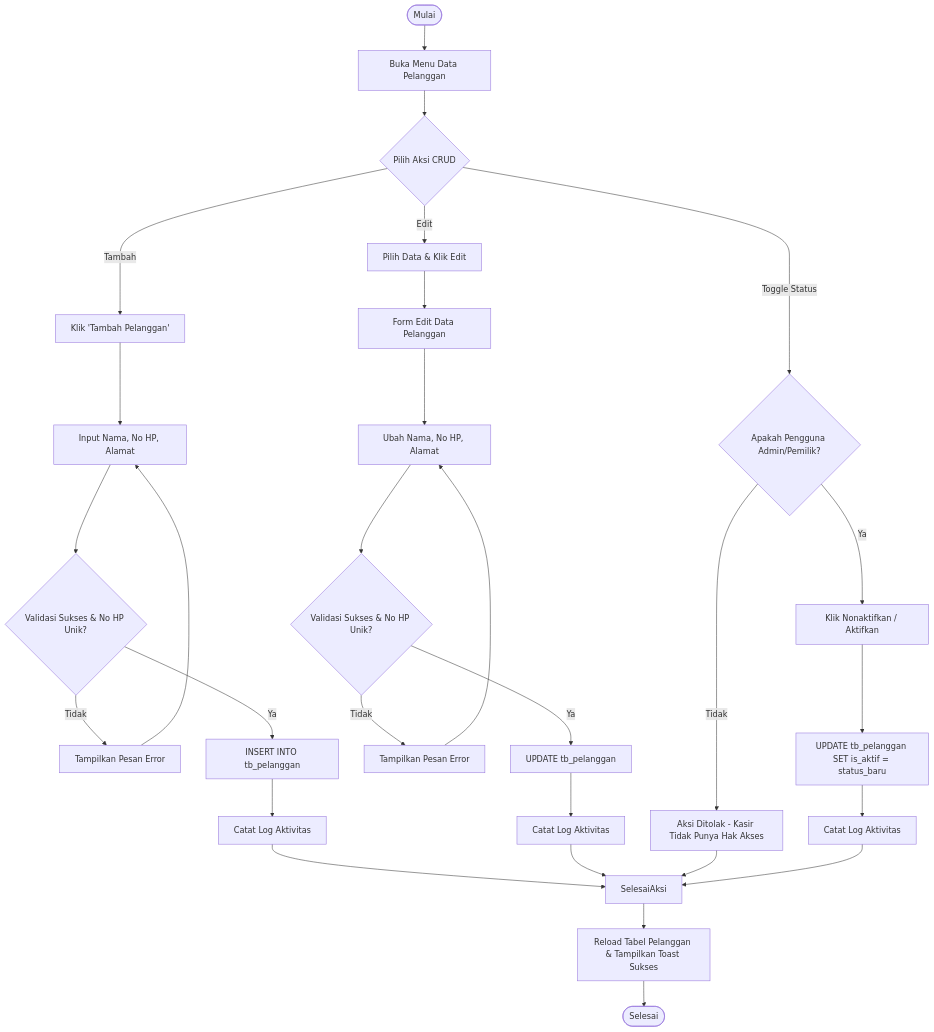
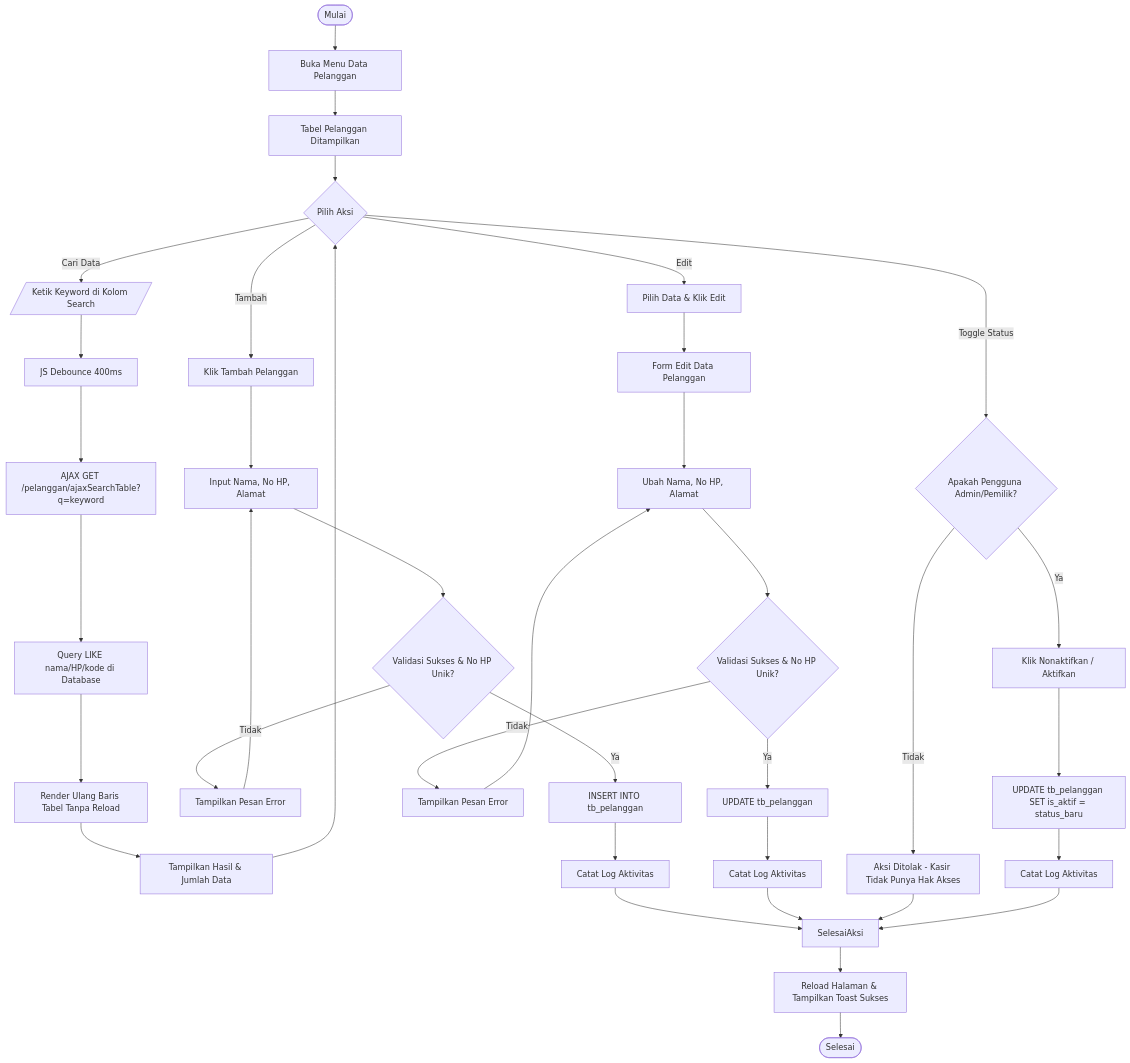
Diagram 14 of 19 in uml_and_system_design_documentation.md (rachmatx/sparkleen-laundry), drawn with Mermaid before and after one commit. The commit also changed other lines of this file and 92 other files, not shown here.

````diff
--- a/uml_and_system_design_documentation.md
+++ b/uml_and_system_design_documentation.md
@@ -917,35 +1227,44 @@
 ```mermaid
 flowchart TD
     Start([Mulai]) --> AksesPelanggan[Buka Menu Data Pelanggan]
-    AksesPelanggan --> PilihAksi{Pilih Aksi CRUD}
-    
-    PilihAksi -- Tambah --> FormTambah[Klik 'Tambah Pelanggan']
+    AksesPelanggan --> TabelMuncul[Tabel Pelanggan Ditampilkan]
+    TabelMuncul --> PilihAksi{Pilih Aksi}
+
+    PilihAksi -- Cari Data --> InputKeyword[/"Ketik Keyword di Kolom Search"/]
+    InputKeyword --> Debounce[JS Debounce 400ms]
+    Debounce --> AjaxRequest[AJAX GET /pelanggan/ajaxSearchTable?q=keyword]
+    AjaxRequest --> QueryDB[Query LIKE nama/HP/kode di Database]
+    QueryDB --> RenderTabel[Render Ulang Baris Tabel Tanpa Reload]
+    RenderTabel --> TampilHasil[Tampilkan Hasil & Jumlah Data]
+    TampilHasil --> PilihAksi
+
+    PilihAksi -- Tambah --> FormTambah[Klik Tambah Pelanggan]
     FormTambah --> InputData[Input Nama, No HP, Alamat]
     InputData --> ValidasiTambah{Validasi Sukses & No HP Unik?}
     ValidasiTambah -- Tidak --> TampilkanErrorTambah[Tampilkan Pesan Error]
     TampilkanErrorTambah --> InputData
     ValidasiTambah -- Ya --> SimpanTambah[INSERT INTO tb_pelanggan]
     SimpanTambah --> CatatLogTambah[Catat Log Aktivitas]
     CatatLogTambah --> SelesaiAksi
-    
+
     PilihAksi -- Edit --> PilihPelanggan[Pilih Data & Klik Edit]
     PilihPelanggan --> EditForm[Form Edit Data Pelanggan]
     EditForm --> UpdateInput[Ubah Nama, No HP, Alamat]
     UpdateInput --> ValidasiEdit{Validasi Sukses & No HP Unik?}
     ValidasiEdit -- Tidak --> TampilkanErrorEdit[Tampilkan Pesan Error]
     TampilkanErrorEdit --> UpdateInput
     ValidasiEdit -- Ya --> SimpanEdit[UPDATE tb_pelanggan]
     SimpanEdit --> CatatLogEdit[Catat Log Aktivitas]
     CatatLogEdit --> SelesaiAksi
-    
+
     PilihAksi -- Toggle Status --> CekRole{Apakah Pengguna Admin/Pemilik?}
     CekRole -- Tidak --> BlokAksi[Aksi Ditolak - Kasir Tidak Punya Hak Akses]
     BlokAksi --> SelesaiAksi
     CekRole -- Ya --> KlikToggle[Klik Nonaktifkan / Aktifkan]
     KlikToggle --> SimpanToggle[UPDATE tb_pelanggan SET is_aktif = status_baru]
     SimpanToggle --> CatatLogToggle[Catat Log Aktivitas]
     CatatLogToggle --> SelesaiAksi
 
-    SelesaiAksi --> ReloadTabel[Reload Tabel Pelanggan & Tampilkan Toast Sukses]
+    SelesaiAksi --> ReloadTabel[Reload Halaman & Tampilkan Toast Sukses]
     ReloadTabel --> End([Selesai])
 ```
````
